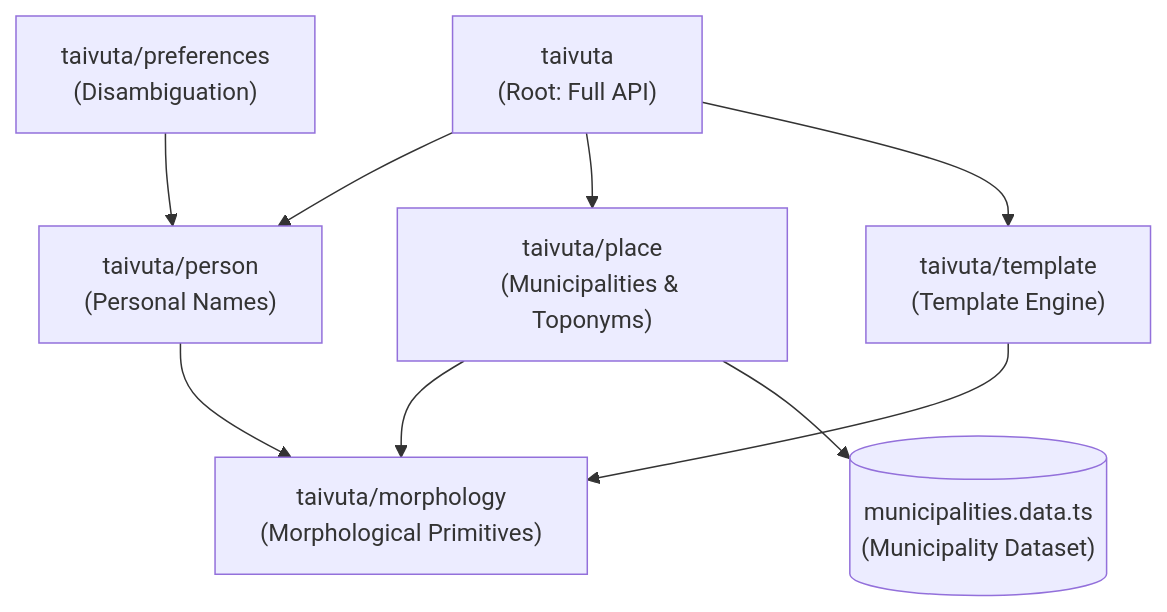
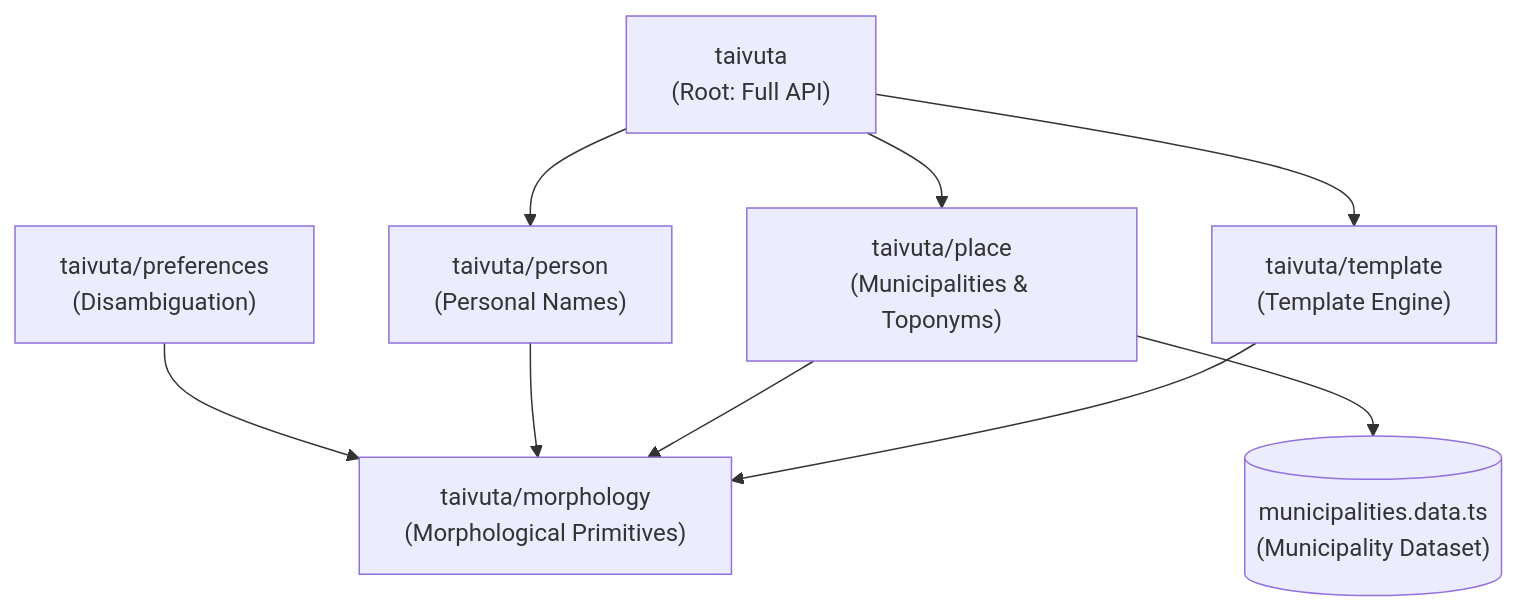
One commit to kingi89/taivuta changed the diagram in ARCHITECTURE.md. Above: the diagram before and after it, drawn with Mermaid. The commit also changed other lines of this file and 8 other files, not shown here.

Commit message:
perf(preferences): decouple person inflection engine from taivuta/preferences subpath

````diff
--- a/ARCHITECTURE.md
+++ b/ARCHITECTURE.md
@@ -20,19 +20,19 @@
 ```mermaid
 flowchart TD
   taivuta["taivuta\n(Root: Full API)"]
   person["taivuta/person\n(Personal Names)"]
   place["taivuta/place\n(Municipalities & Toponyms)"]
   template["taivuta/template\n(Template Engine)"]
   preferences["taivuta/preferences\n(Disambiguation)"]
   morphology["taivuta/morphology\n(Morphological Primitives)"]
   data[("municipalities.data.ts\n(Municipality Dataset)")]
 
   taivuta --> person
   taivuta --> place
   taivuta --> template
-  preferences --> person
+  preferences --> morphology
   person --> morphology
   place --> morphology
   template --> morphology
   place --> data
 ```
````
